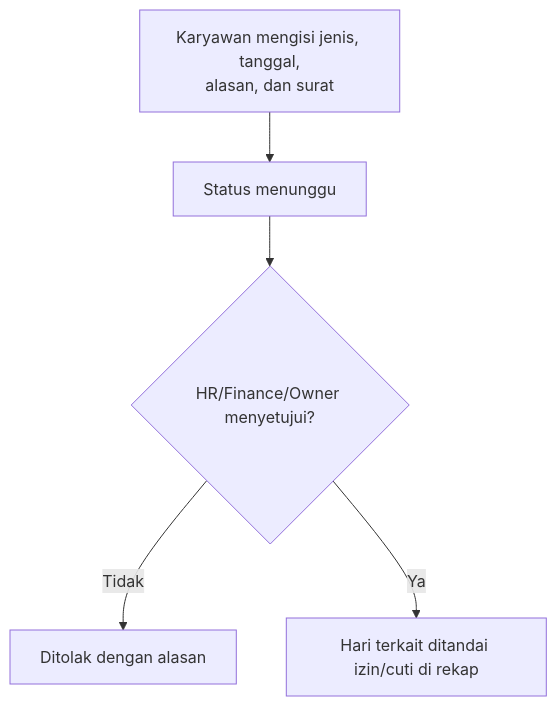
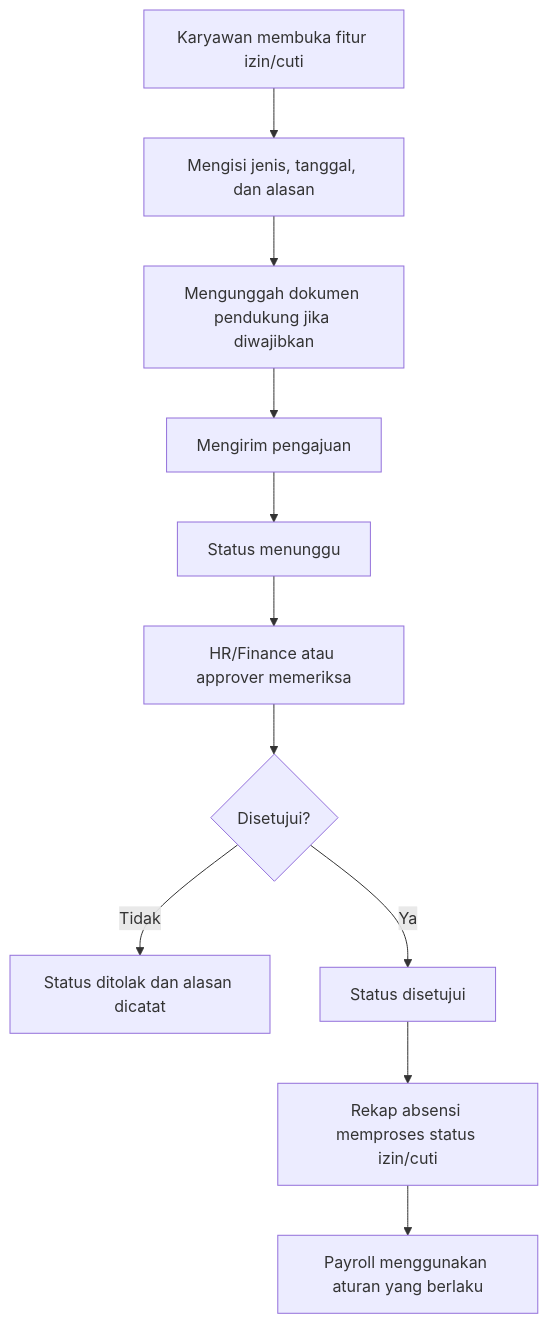
The sixth of 13 diagrams in docs/alur.md (nflFauzan/Biometric-Attendence-System), drawn with Mermaid before and after one commit. The commit also changed other lines of this file, not shown here.

````diff
--- a/docs/alur.md
+++ b/docs/alur.md
@@ -83,7 +235,13 @@
 ```mermaid
 flowchart TD
-  A[Karyawan mengisi jenis, tanggal,<br/>alasan, dan surat] --> B[Status menunggu]
-  B --> C{HR/Finance/Owner menyetujui?}
-  C -- Tidak --> D[Ditolak dengan alasan]
-  C -- Ya --> E[Hari terkait ditandai izin/cuti di rekap]
+    A["Karyawan membuka fitur izin/cuti"] --> B["Mengisi jenis, tanggal, dan alasan"]
+    B --> C["Mengunggah dokumen pendukung jika diwajibkan"]
+    C --> D["Mengirim pengajuan"]
+    D --> E["Status menunggu"]
+    E --> F["HR/Finance atau approver memeriksa"]
+    F --> G{"Disetujui?"}
+    G -- "Tidak" --> H["Status ditolak dan alasan dicatat"]
+    G -- "Ya" --> I["Status disetujui"]
+    I --> J["Rekap absensi memproses status izin/cuti"]
+    J --> K["Payroll menggunakan aturan yang berlaku"]
 ```
````
